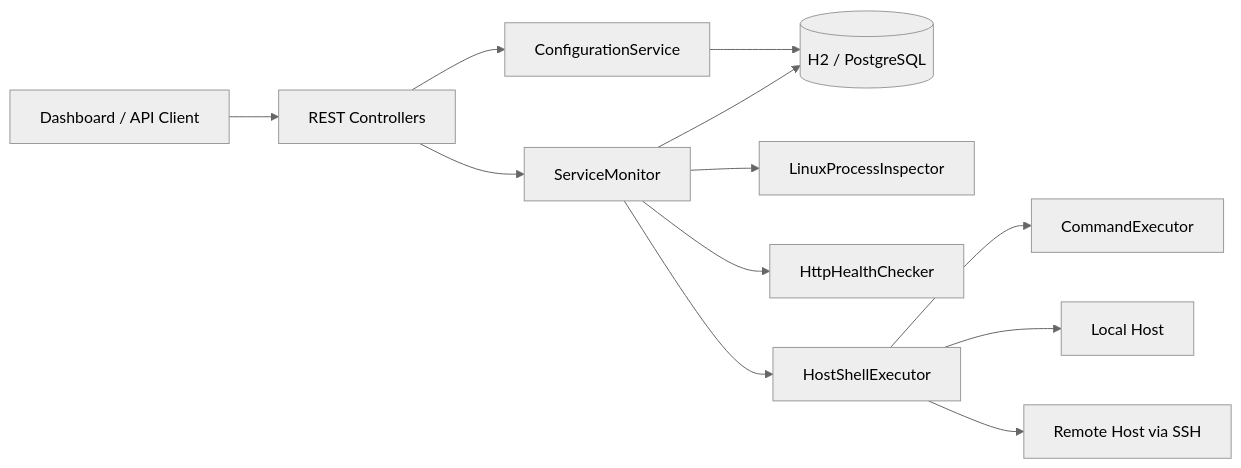
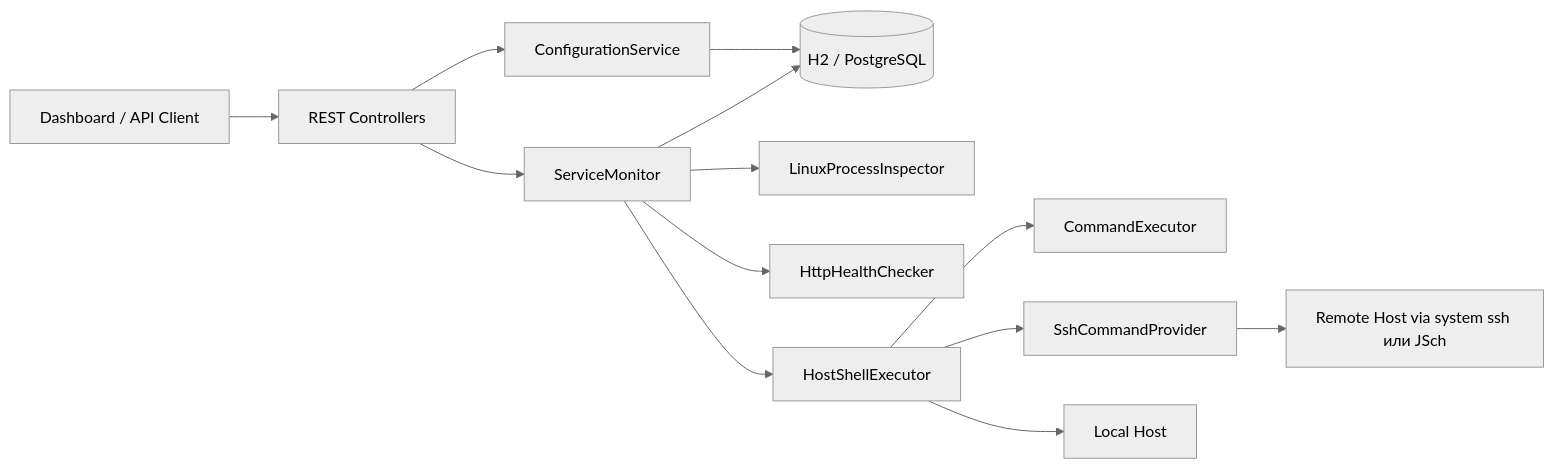
The first of 2 diagrams in README_RU.md (Keos99/host-guardian), drawn with Mermaid (neutral theme) before and after one commit. The commit also changed other lines of this file and 12 other files, not shown here.

````diff
--- a/README_RU.md
+++ b/README_RU.md
@@ -77,16 +81,17 @@
 ```mermaid
 flowchart LR
     UI["Dashboard / API Client"] --> REST["REST Controllers"]
     REST --> CFG["ConfigurationService"]
     REST --> MON["ServiceMonitor"]
 
     CFG --> DB[(H2 / PostgreSQL)]
     MON --> DB
     MON --> PROC["LinuxProcessInspector"]
     MON --> HTTP["HttpHealthChecker"]
     MON --> SHELL["HostShellExecutor"]
     SHELL --> CMD["CommandExecutor"]
+    SHELL --> SSH["SshCommandProvider"]
 
     SHELL --> HOST1["Local Host"]
-    SHELL --> HOST2["Remote Host via SSH"]
+    SSH --> HOST2["Remote Host via system ssh или JSch"]
 ```
````
